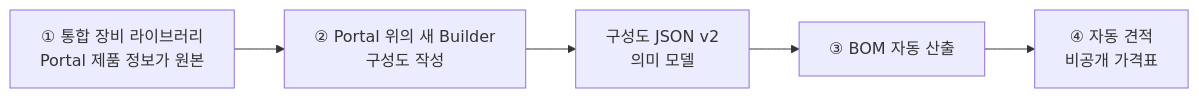
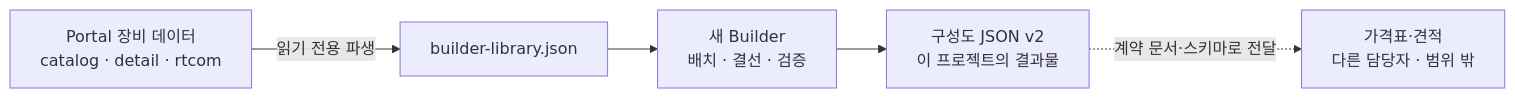
One commit to Seoulav/AV-Portal changed the first of 2 diagrams in Work/기획/시스템빌더통합기획-2026-10-06.md. Above: the diagram before and after it, drawn with Mermaid. The commit also changed other lines of this file and 2 other files, not shown here.

First line of the commit message:
docs: 통합 기획 2판 — Portal 데이터만 사용, 가격·견적 제외, 구성도 JSON v2 중심

````diff
--- a/Work/기획/시스템빌더통합기획-2026-10-06.md
+++ b/Work/기획/시스템빌더통합기획-2026-10-06.md
@@ -23,7 +40,7 @@
 ```mermaid
 flowchart LR
-  L[① 통합 장비 라이브러리<br/>Portal 제품 정보가 원본] --> B[② Portal 위의 새 Builder<br/>구성도 작성]
-  B --> J[구성도 JSON v2<br/>의미 모델]
-  J --> M[③ BOM 자동 산출]
-  M --> Q[④ 자동 견적<br/>비공개 가격표]
+  P[Portal 장비 데이터<br/>catalog · detail · rtcom] -->|읽기 전용 파생| L[builder-library.json]
+  L --> B[새 Builder<br/>배치 · 결선 · 검증]
+  B --> J[구성도 JSON v2<br/>이 프로젝트의 결과물]
+  J -.->|계약 문서·스키마로 전달| Q[가격표·견적<br/>다른 담당자 · 범위 밖]
 ```
````
